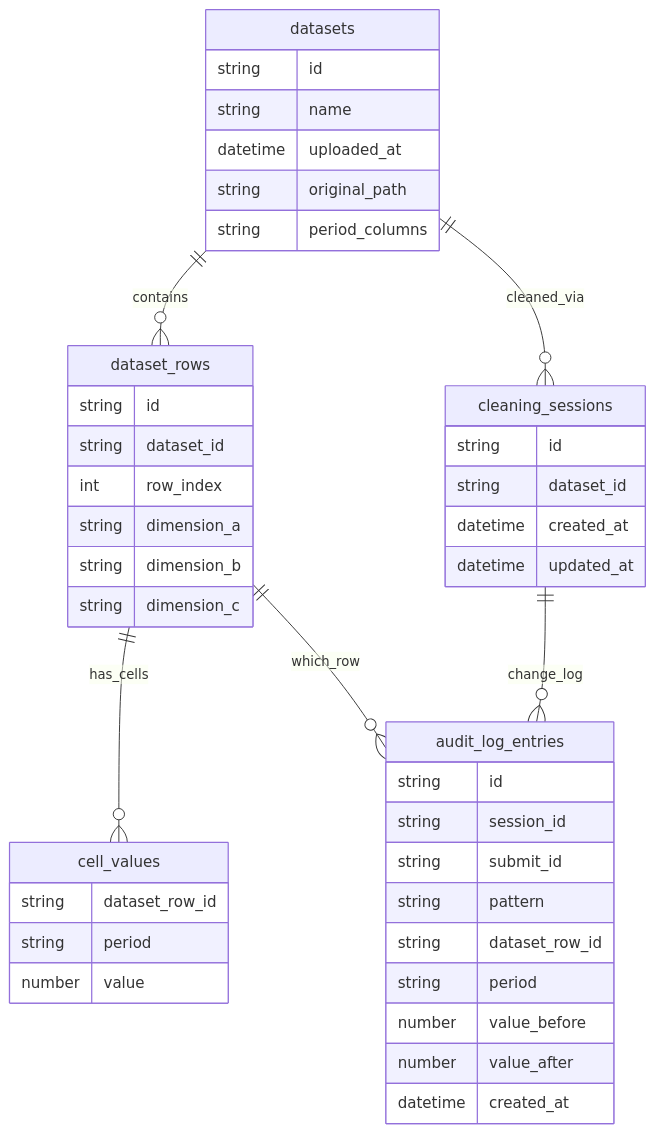
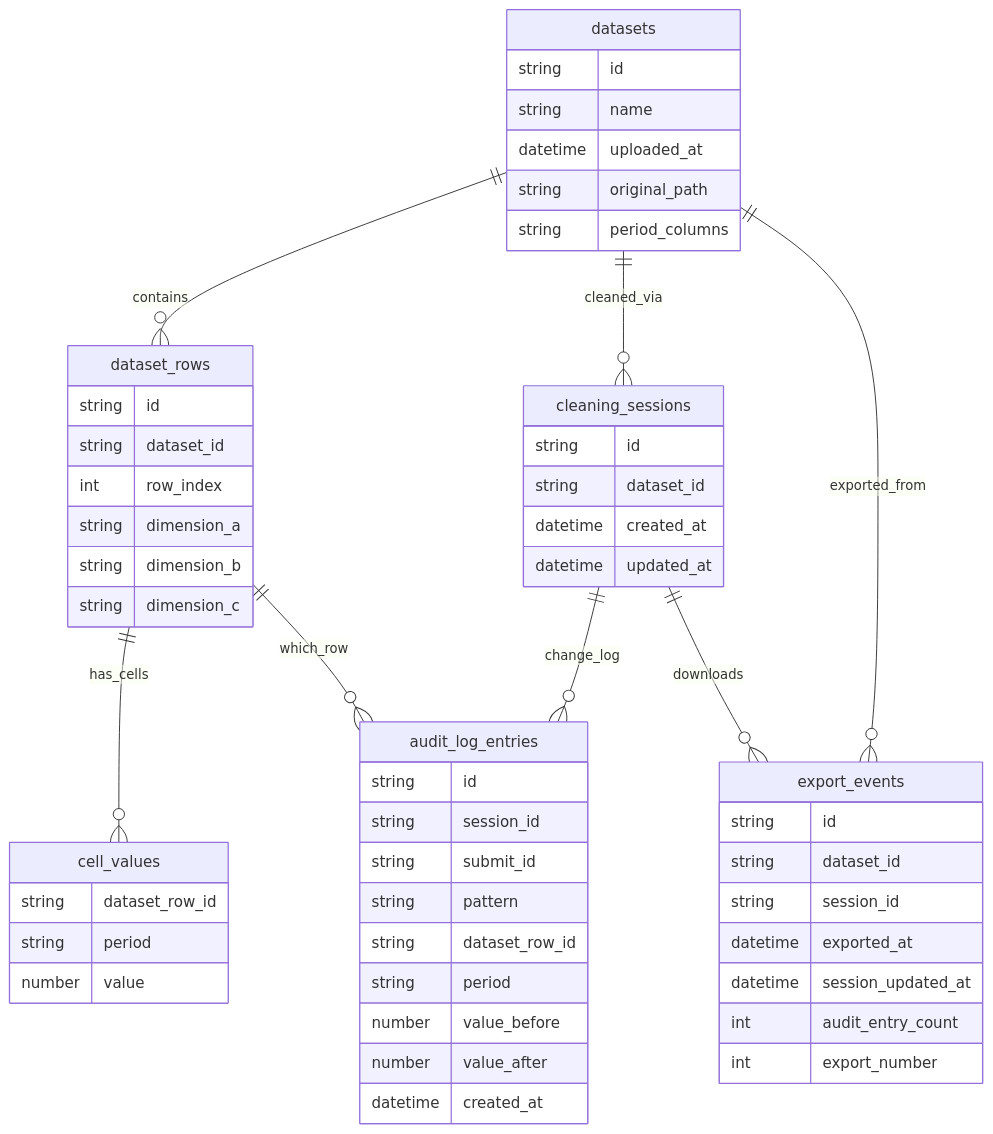
Before and after one commit to EmmS21/keyestakehome: the first of 6 diagrams in docs/database-schema.md, drawn with Mermaid. The commit also changed other lines of this file and 19 other files, not shown here.

First line of the commit message:
feat: add CSV export with audit trail and explorer download

````diff
--- a/docs/database-schema.md
+++ b/docs/database-schema.md
@@ -9,50 +9,62 @@
 ```mermaid
 erDiagram
   datasets ||--o{ dataset_rows : contains
   datasets ||--o{ cleaning_sessions : cleaned_via
   dataset_rows ||--o{ cell_values : has_cells
   cleaning_sessions ||--o{ audit_log_entries : change_log
+  cleaning_sessions ||--o{ export_events : downloads
+  datasets ||--o{ export_events : exported_from
   dataset_rows ||--o{ audit_log_entries : which_row
 
   datasets {
     string id
     string name
     datetime uploaded_at
     string original_path
     string period_columns
   }
 
   dataset_rows {
     string id
     string dataset_id
     int row_index
     string dimension_a
     string dimension_b
     string dimension_c
   }
 
   cell_values {
     string dataset_row_id
     string period
     number value
   }
 
   cleaning_sessions {
     string id
     string dataset_id
     datetime created_at
     datetime updated_at
   }
 
   audit_log_entries {
     string id
     string session_id
     string submit_id
     string pattern
     string dataset_row_id
     string period
     number value_before
     number value_after
     datetime created_at
   }
+
+  export_events {
+    string id
+    string dataset_id
+    string session_id
+    datetime exported_at
+    datetime session_updated_at
+    int audit_entry_count
+    int export_number
+  }
 ```
````
